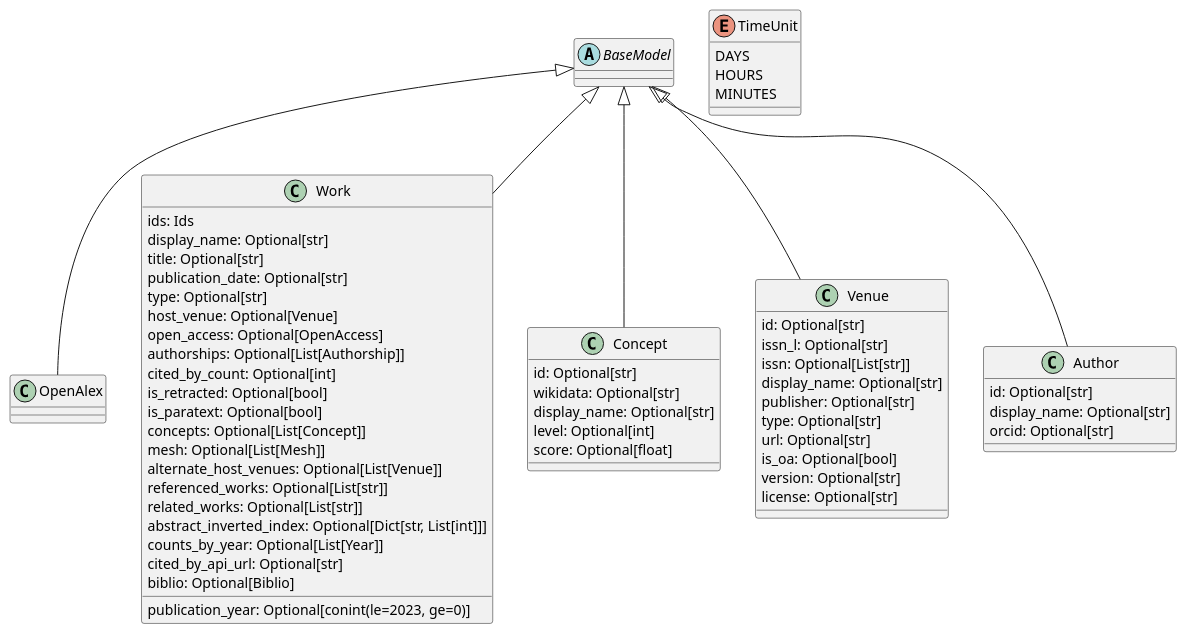
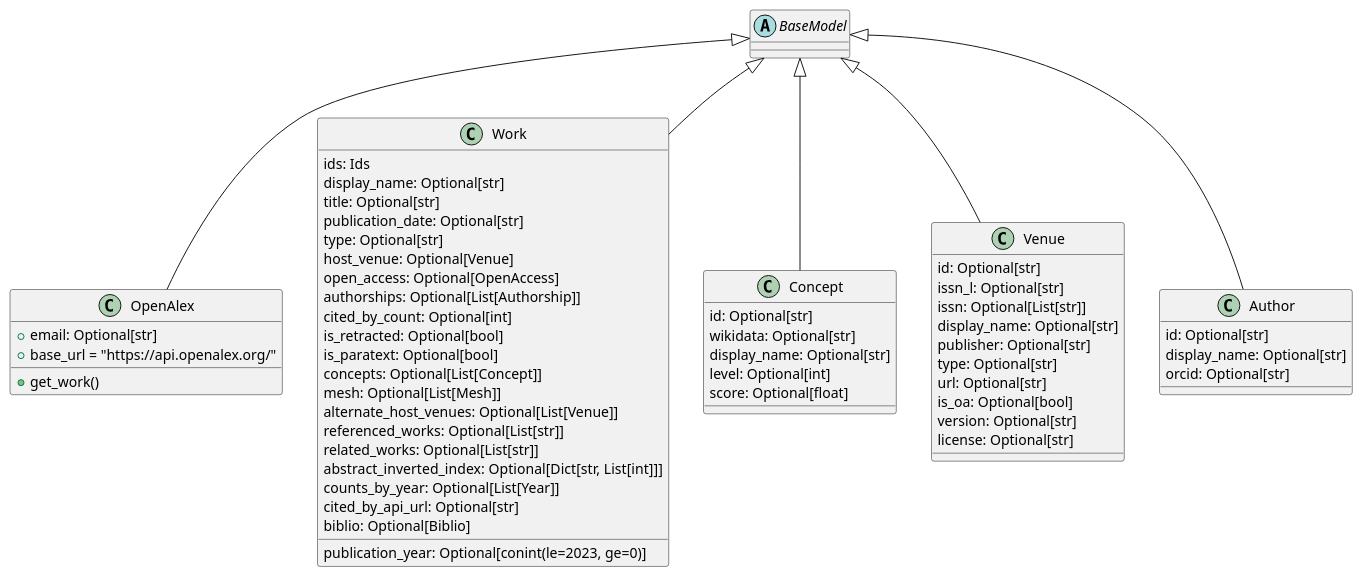
The diagram in diagrams/classes.puml (dpriskorn/OpenAlexAPI), drawn with PlantUML before and after one commit.

Commit message:
Improve classes.puml

```diff
--- a/diagrams/classes.puml
+++ b/diagrams/classes.puml
@@ -1,69 +1,75 @@
 @startuml
 'https://plantuml.com/class-diagram
 
 abstract class BaseModel
 
 BaseModel <|-- OpenAlex
 BaseModel <|-- Work
 BaseModel <|-- Concept
 BaseModel <|-- Venue
 BaseModel <|-- Author
+
+class OpenAlex{
+    +email: Optional[str]
+    +base_url = "https://api.openalex.org/"
+    +get_work()
+}
 
 class Work {
     ids: Ids
     display_name: Optional[str]
     title: Optional[str]
     publication_year: Optional[conint(le=2023, ge=0)]
     publication_date: Optional[str]
     type: Optional[str]
     host_venue: Optional[Venue]
     open_access: Optional[OpenAccess]
     authorships: Optional[List[Authorship]]
     cited_by_count: Optional[int]
     is_retracted: Optional[bool]
     is_paratext: Optional[bool]
     concepts: Optional[List[Concept]]
     mesh: Optional[List[Mesh]]
     alternate_host_venues: Optional[List[Venue]]
     referenced_works: Optional[List[str]]
     related_works: Optional[List[str]]
     abstract_inverted_index: Optional[Dict[str, List[int]]]
     counts_by_year: Optional[List[Year]]
     cited_by_api_url: Optional[str]
     biblio: Optional[Biblio]
 
 }
 class Concept {
     id: Optional[str]
     wikidata: Optional[str]
     display_name: Optional[str]
     level: Optional[int]
     score: Optional[float]
 
 }
 class Venue {
     id: Optional[str]
     issn_l: Optional[str]
     issn: Optional[List[str]]
     display_name: Optional[str]
     publisher: Optional[str]
     type: Optional[str]
     url: Optional[str]
     is_oa: Optional[bool]
     version: Optional[str]
     license: Optional[str]
 }
 
 class Author{
     id: Optional[str]
     display_name: Optional[str]
     orcid: Optional[str]
 }
 
-enum TimeUnit {
-DAYS
-HOURS
-MINUTES
-}
+'enum TimeUnit {
+'DAYS
+'HOURS
+'MINUTES
+'}
 
 @enduml
```
